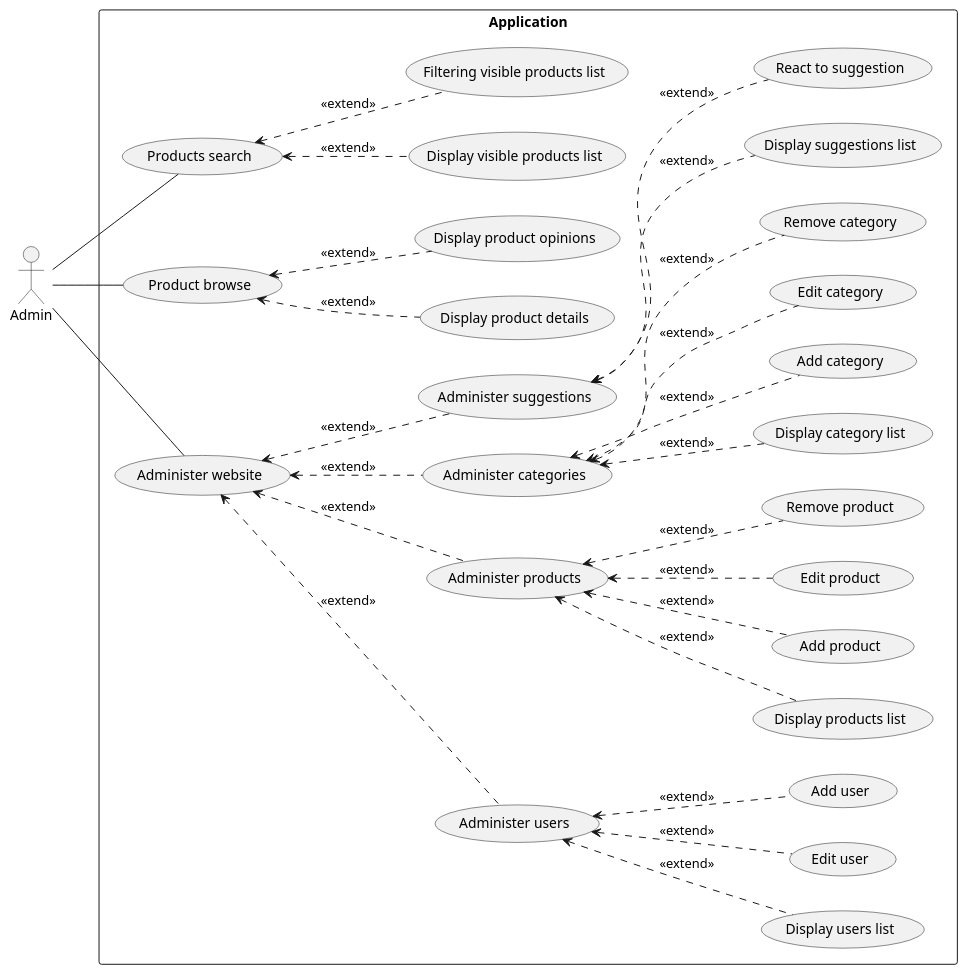
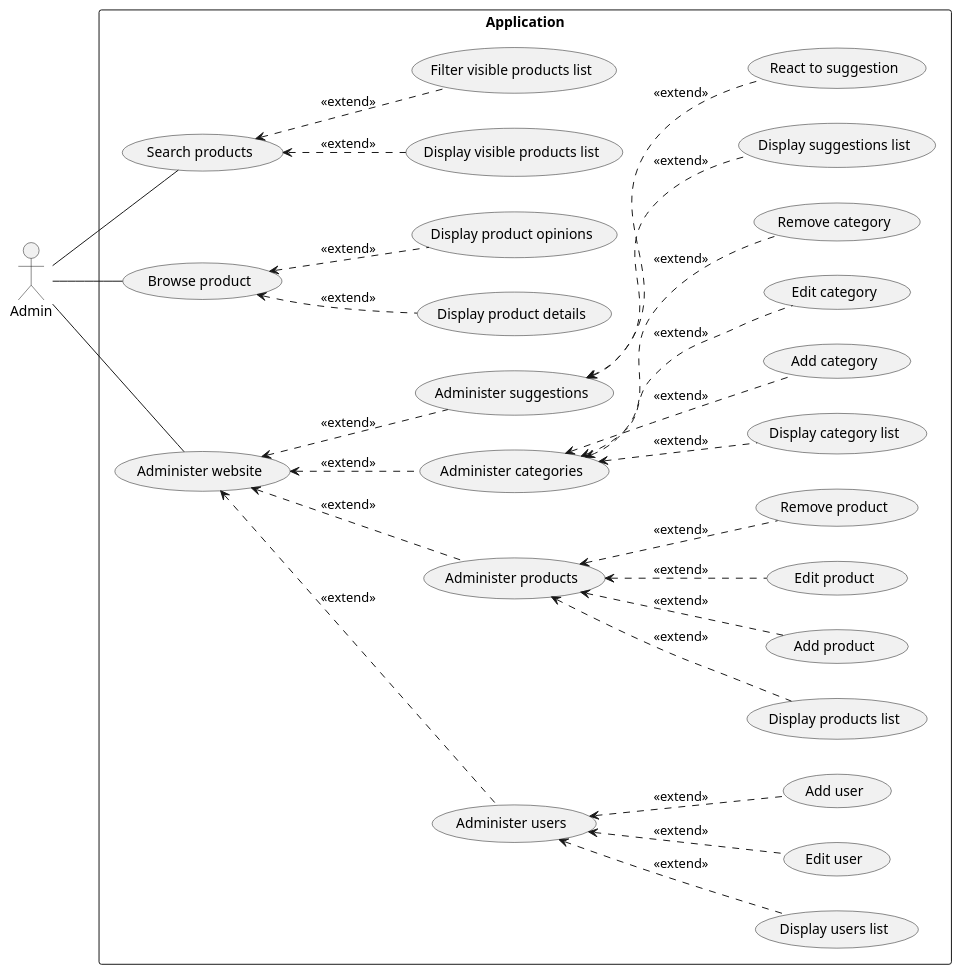
The fifth of 5 diagrams in README.md (RadekBucki/OpinionCollectorArchitecture), drawn with PlantUML before and after one commit. The commit also changed other lines of this file, not shown here.

````diff
--- a/README.md
+++ b/README.md
@@ -127,43 +127,43 @@
 ```plantuml
 @startuml
 
 left to right direction
 
 actor Admin AS admin
 
 rectangle Application {
-    admin -- (Products search)
-    admin -- (Product browse)
+    admin -- (Search products)
+    admin -- (Browse product)
     admin -- (Administer website)
     
-    (Products search) <.. (Display visible products list): <<extend>>
-    (Products search) <.. (Filtering visible products list): <<extend>>
+    (Search products) <.. (Display visible products list): <<extend>>
+    (Search products) <.. (Filter visible products list): <<extend>>
     
-    (Product browse) <.. (Display product details): <<extend>>
-    (Product browse) <.. (Display product opinions): <<extend>>
+    (Browse product) <.. (Display product details): <<extend>>
+    (Browse product) <.. (Display product opinions): <<extend>>
     
     (Administer website) <.. (Administer users): <<extend>>
     (Administer website) <.. (Administer products): <<extend>>
     (Administer website) <.. (Administer categories): <<extend>>
     (Administer website) <.. (Administer suggestions): <<extend>>
     
     (Administer users) <.. (Display users list): <<extend>>
     (Administer users) <.. (Edit user): <<extend>>
     (Administer users) <.. (Add user): <<extend>>
     
     (Administer products) <.. (Display products list): <<extend>>
     (Administer products) <.. (Add product): <<extend>>
     (Administer products) <.. (Edit product): <<extend>>
     (Administer products) <.. (Remove product): <<extend>>
     
     (Administer categories) <.. (Display category list): <<extend>>
     (Administer categories) <.. (Add category): <<extend>>
     (Administer categories) <.. (Edit category): <<extend>>
     (Administer categories) <.. (Remove category): <<extend>>
     
     (Administer suggestions) <.. (Display suggestions list): <<extend>>
     (Administer suggestions) <.. (React to suggestion): <<extend>>
 }
 
 @enduml
 ```
````
